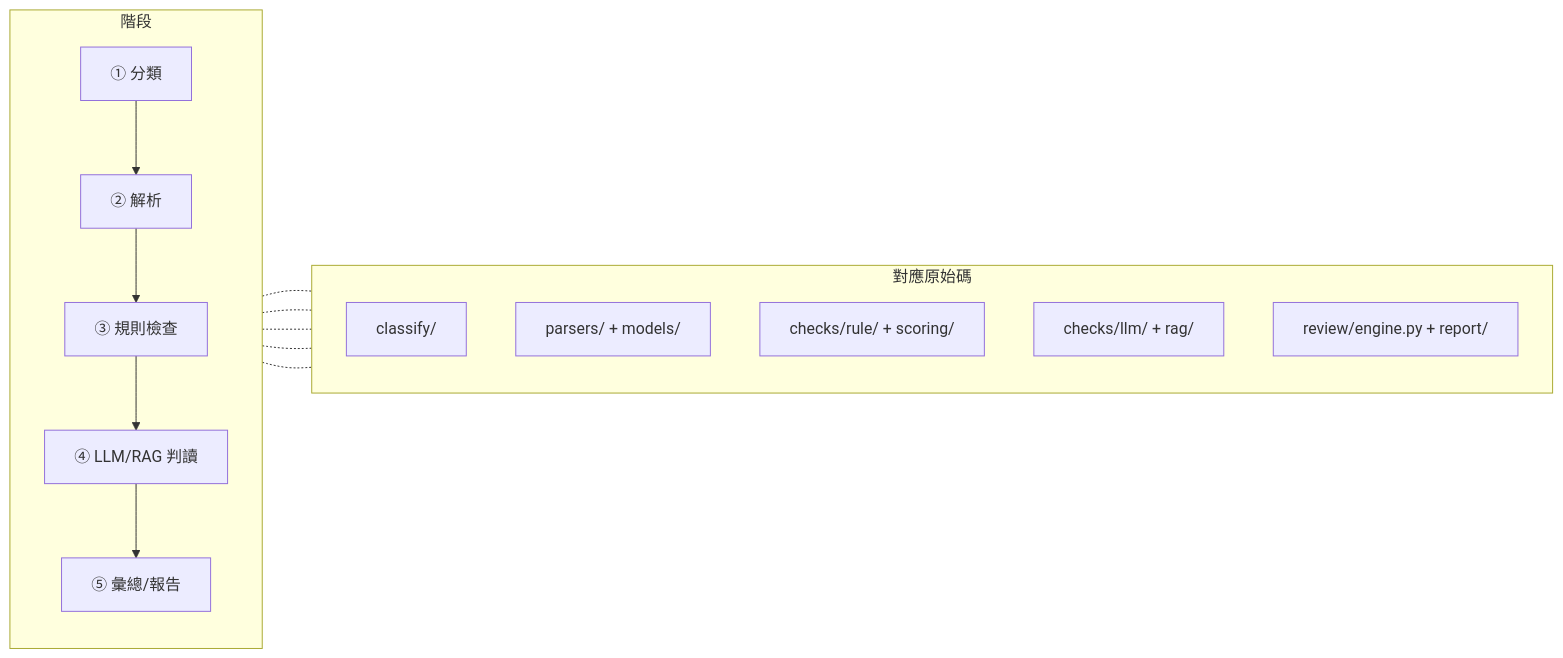
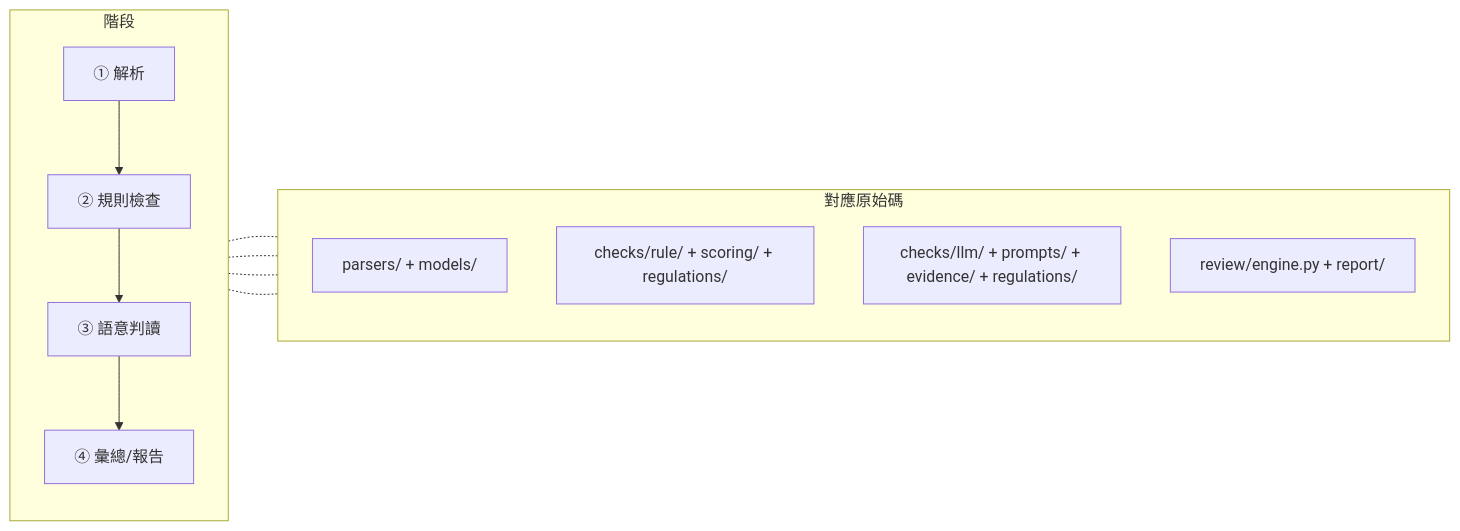
The third of 4 diagrams in docs/architecture.md (xian-ai-1057/AI_gov), drawn with Mermaid before and after one commit. The commit also changed other lines of this file and 86 other files, not shown here.

````diff
--- a/docs/architecture.md
+++ b/docs/architecture.md
@@ -110,25 +96,22 @@
 ```mermaid
 flowchart LR
     subgraph 階段
         direction TB
-        S1["① 分類"]
-        S2["② 解析"]
-        S3["③ 規則檢查"]
-        S4["④ LLM/RAG 判讀"]
-        S5["⑤ 彙總/報告"]
-        S1 --> S2 --> S3 --> S4 --> S5
+        S1["① 解析"]
+        S2["② 規則檢查"]
+        S3["③ 語意判讀"]
+        S4["④ 彙總/報告"]
+        S1 --> S2 --> S3 --> S4
     end
     subgraph 對應原始碼
         direction TB
-        D1["classify/"]
-        D2["parsers/ + models/"]
-        D3["checks/rule/ + scoring/"]
-        D4["checks/llm/ + rag/"]
-        D5["review/engine.py + report/"]
+        D1["parsers/ + models/"]
+        D2["checks/rule/ + scoring/ + regulations/"]
+        D3["checks/llm/ + prompts/ + evidence/ + regulations/"]
+        D4["review/engine.py + report/"]
     end
     S1 -.- D1
     S2 -.- D2
     S3 -.- D3
     S4 -.- D4
-    S5 -.- D5
 ```
````
